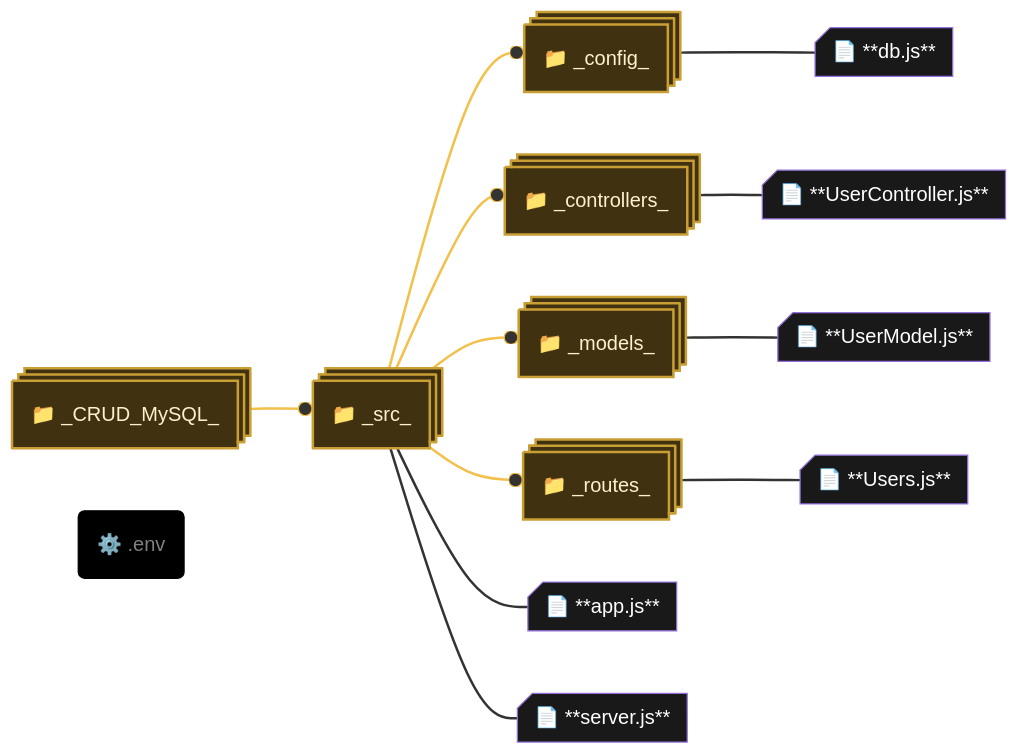
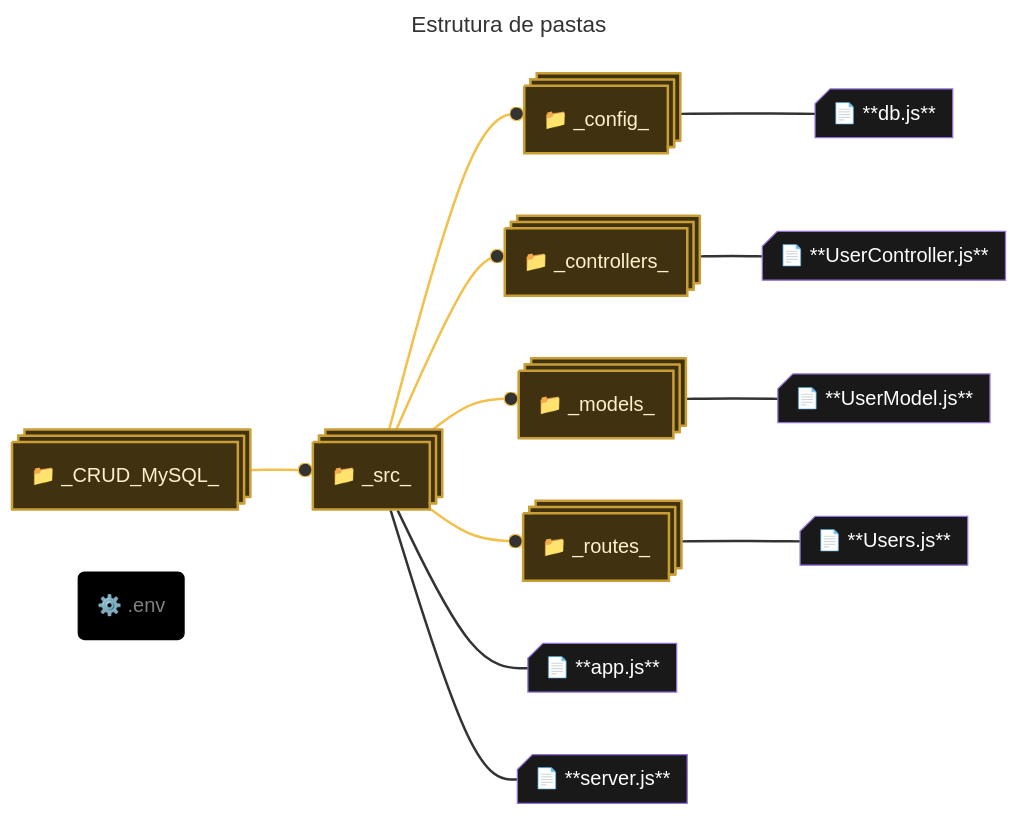
The diagram in README.md (henrygoncalvess/CRUD_MySQL), drawn with Mermaid before and after one commit. The commit also changed other lines of this file, not shown here.

Commit message:
removendo 'estrutura de pasta' e add dentro do mermaid graph

````diff
--- a/README.md
+++ b/README.md
@@ -29,48 +27,51 @@
 ``` mermaid
+---
+title:  Estrutura de pastas
+---
 flowchart LR
     crud("📁 _CRUD_MySQL_")@{ shape: processes }
     crud --o src("📁 _src_")@{ shape: processes }
     src --o config("📁 _config_")@{ shape: processes }
     config --- db.js("📄 **db.js**")@{ shape: card }
     src --o controllers("📁 _controllers_")@{ shape: processes }
     controllers --- UserController.js("📄 **UserController.js**")@{ shape: card }
     src --o models("📁 _models_")@{ shape: processes }
     models --- UserModel.js("📄 **UserModel.js**")@{ shape: card }
     src --o routes("📁 _routes_")@{ shape: processes }
     routes --- Users.js("📄 **Users.js**")@{ shape: card }
     src --- app.js("📄 **app.js**")@{ shape: card }
     src --- server.js("📄 **server.js**")@{ shape: card }
     env("⚙️ .env")
 
     %%CLASSES
     classDef default fill:#191919,color:white;
     
     classDef pasta fill:#403211,stroke:#c99e34,stroke-width:2px,color:#fff1cc;
     classDef envStyle fill:#000000,stroke:#000000,color:gray;
 
     %%aplicação de classes
     class crud,src,config,controllers,models,routes pasta
     class env envStyle
 
 
 
     %%LINKS
     
     %%pastas
     linkStyle 0,1,3,5,7 stroke:#f2c04b
 
     %%arquivos
     linkStyle default stroke-width:2px;
 
     click src "https://github.com/henrygoncalvess/CRUD_MySQL/tree/main/src"
     click config "https://github.com/henrygoncalvess/CRUD_MySQL/tree/main/src/config"
     click db.js "https://github.com/henrygoncalvess/CRUD_MySQL/tree/main/src/config/db.js"
     click controllers "https://github.com/henrygoncalvess/CRUD_MySQL/tree/main/src/controllers"
     click UserController.js "https://github.com/henrygoncalvess/CRUD_MySQL/tree/main/src/controllers/UserController.js"
     click models "https://github.com/henrygoncalvess/CRUD_MySQL/tree/main/src/models"
     click UserModel.js "https://github.com/henrygoncalvess/CRUD_MySQL/tree/main/src/models/UserModel.js"
     click routes "https://github.com/henrygoncalvess/CRUD_MySQL/tree/main/src/routes"
     click Users.js "https://github.com/henrygoncalvess/CRUD_MySQL/tree/main/src/routes/users.js"
     click app.js "https://github.com/henrygoncalvess/CRUD_MySQL/tree/main/src/app.js"
     click server.js "https://github.com/henrygoncalvess/CRUD_MySQL/tree/main/src/server.js"
 ```
````
